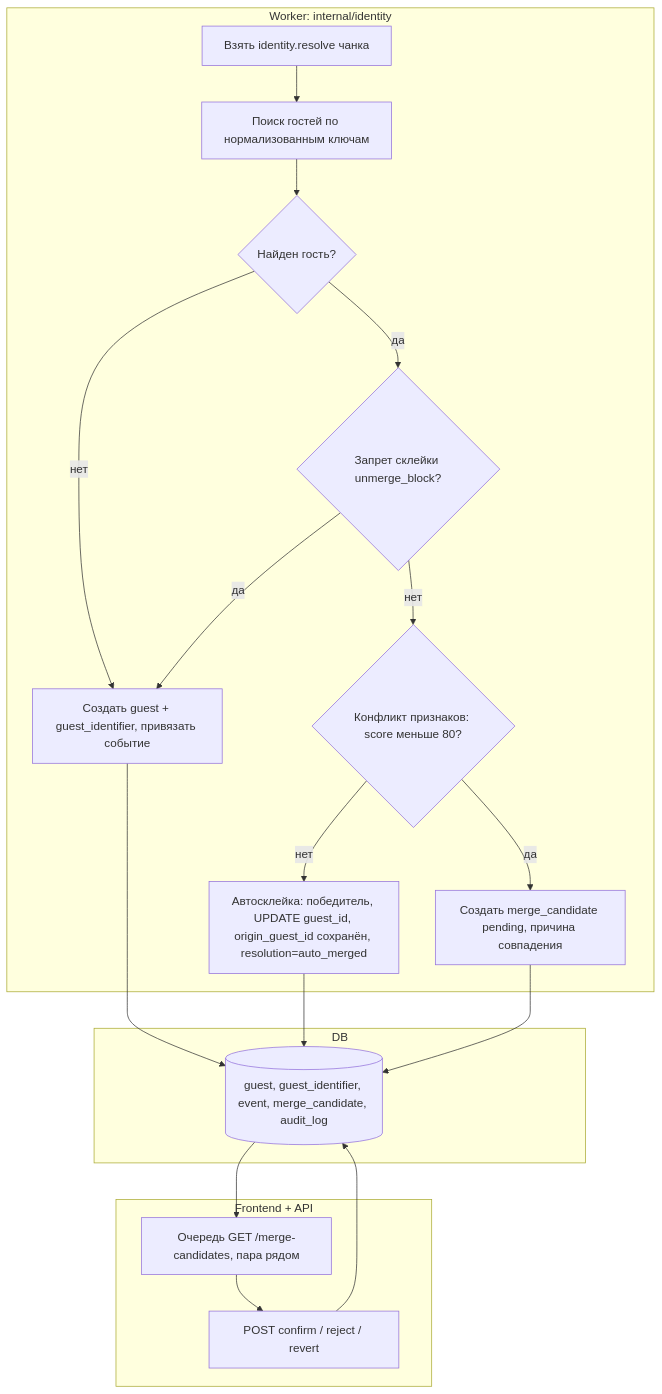
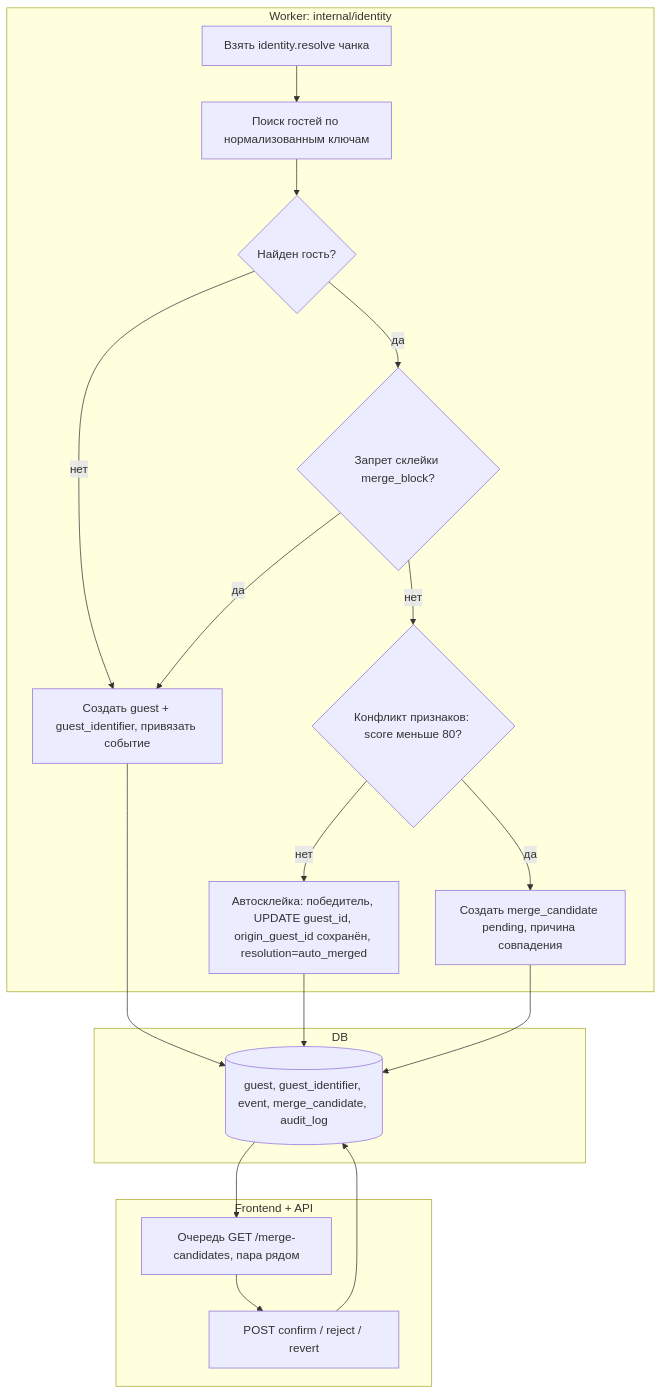
The third of 6 diagrams in docs/design/08-activity-diagrams.md (MangriMen/UCRP), drawn with Mermaid before and after one commit. The commit also changed other lines of this file and 154 other files, not shown here.

````diff
--- a/docs/design/08-activity-diagrams.md
+++ b/docs/design/08-activity-diagrams.md
@@ -76,28 +76,28 @@
 ```mermaid
 flowchart TB
   subgraph WK["Worker: internal/identity"]
     W1["Взять identity.resolve чанка"]
     W2["Поиск гостей по нормализованным ключам"]
     W3{"Найден гость?"}
     W4["Создать guest + guest_identifier, привязать событие"]
-    W5{"Запрет склейки unmerge_block?"}
+    W5{"Запрет склейки merge_block?"}
     W6{"Конфликт признаков: score меньше 80?"}
     W7["Автосклейка: победитель, UPDATE guest_id, origin_guest_id сохранён, resolution=auto_merged"]
     W8["Создать merge_candidate pending, причина совпадения"]
   end
   subgraph DB["DB"]
     D1[("guest, guest_identifier, event, merge_candidate, audit_log")]
   end
   subgraph FE["Frontend + API"]
     F1["Очередь GET /merge-candidates, пара рядом"]
     F2["POST confirm / reject / revert"]
   end
   W1 --> W2 --> W3
   W3 -- нет --> W4 --> D1
   W3 -- да --> W5
   W5 -- да --> W4
   W5 -- нет --> W6
   W6 -- нет --> W7 --> D1
   W6 -- да --> W8 --> D1
   D1 --> F1 --> F2 --> D1
 ```
````
